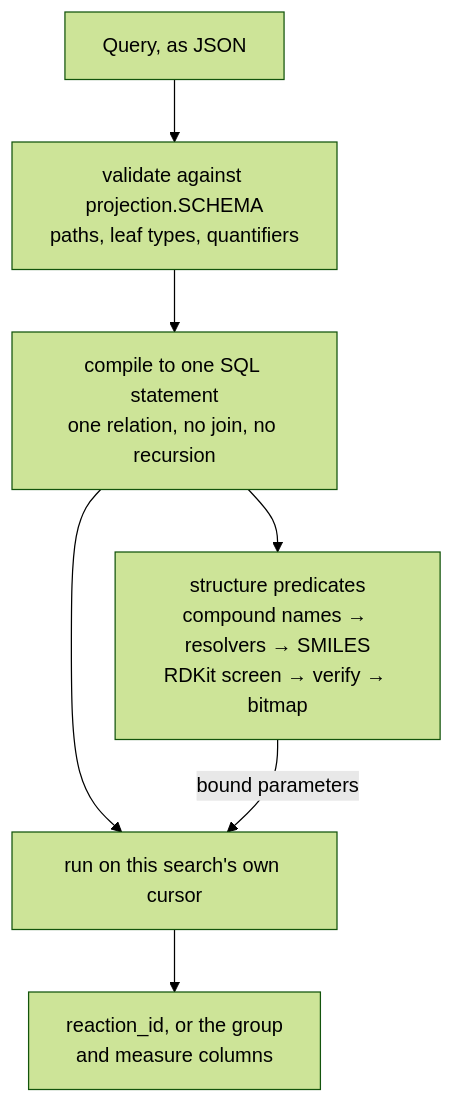
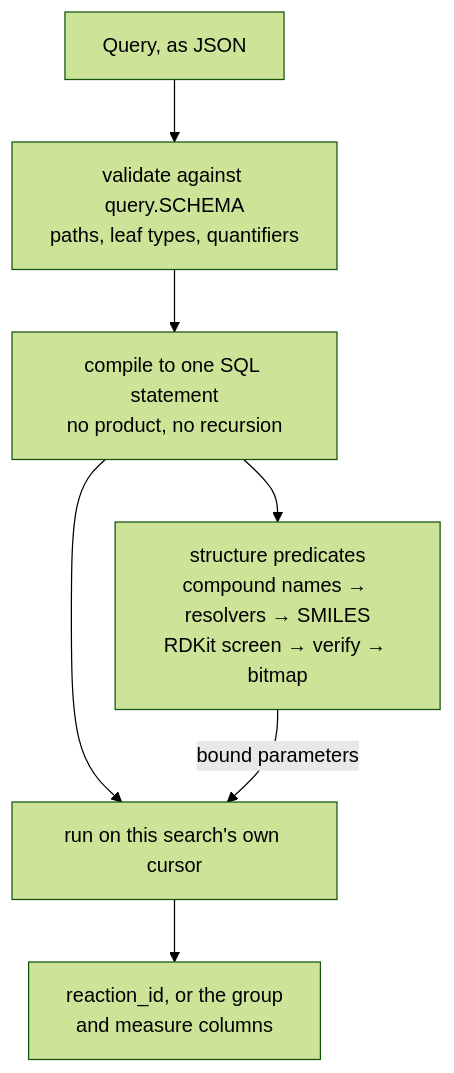
One commit to open-reaction-database/ord-schema changed the first of 2 diagrams in ord_schema/search/README.md. Above: the diagram before and after it, drawn with Mermaid (forest theme). The commit also changed other lines of this file and 29 other files, not shown here.

````diff
--- a/ord_schema/search/README.md
+++ b/ord_schema/search/README.md
@@ -210,9 +212,9 @@
 ```mermaid
 flowchart TB
-    Q["Query, as JSON"] --> V["validate against projection.SCHEMA<br/>paths, leaf types, quantifiers"]
-    V --> C["compile to one SQL statement<br/>one relation, no join, no recursion"]
+    Q["Query, as JSON"] --> V["validate against query.SCHEMA<br/>paths, leaf types, quantifiers"]
+    V --> C["compile to one SQL statement<br/>no product, no recursion"]
     C --> S["structure predicates<br/>compound names → resolvers → SMILES<br/>RDKit screen → verify → bitmap"]
     C --> X["run on this search's own cursor"]
     S -- "bound parameters" --> X
     X --> O["reaction_id, or the group<br/>and measure columns"]
 ```
````
